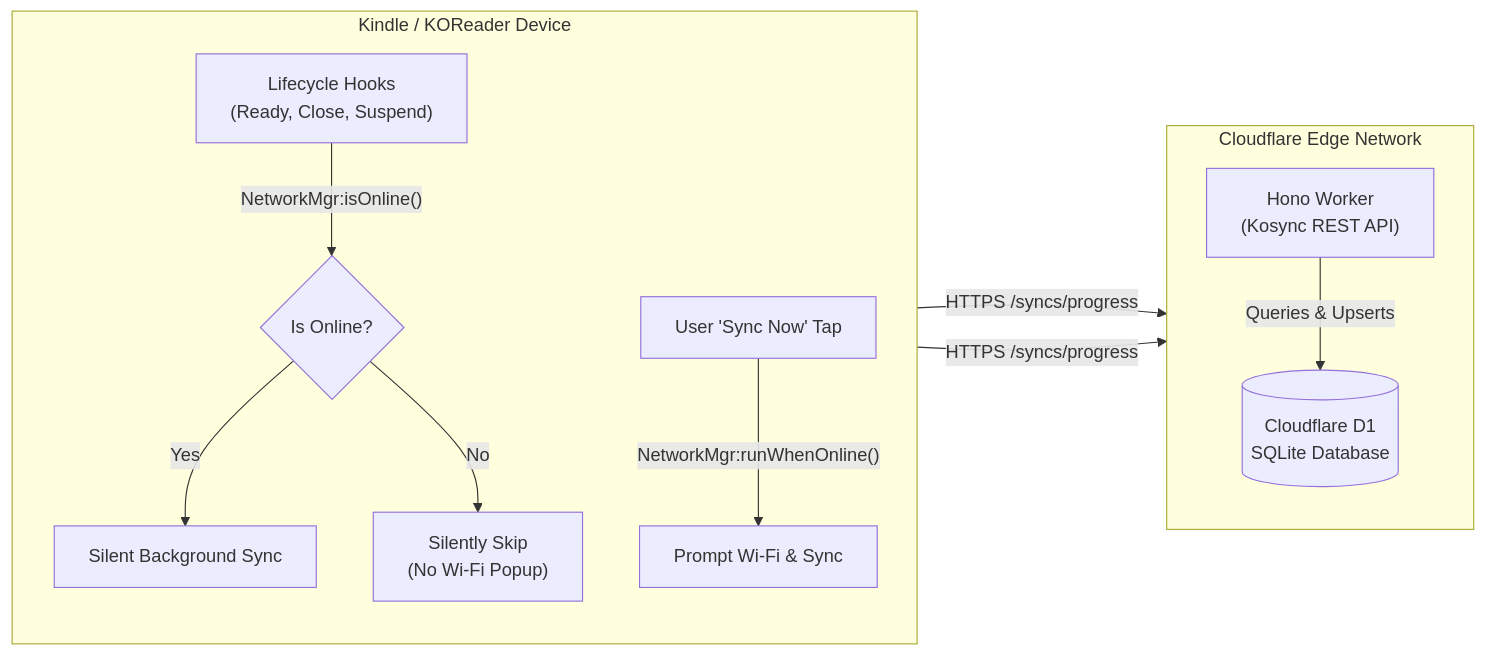
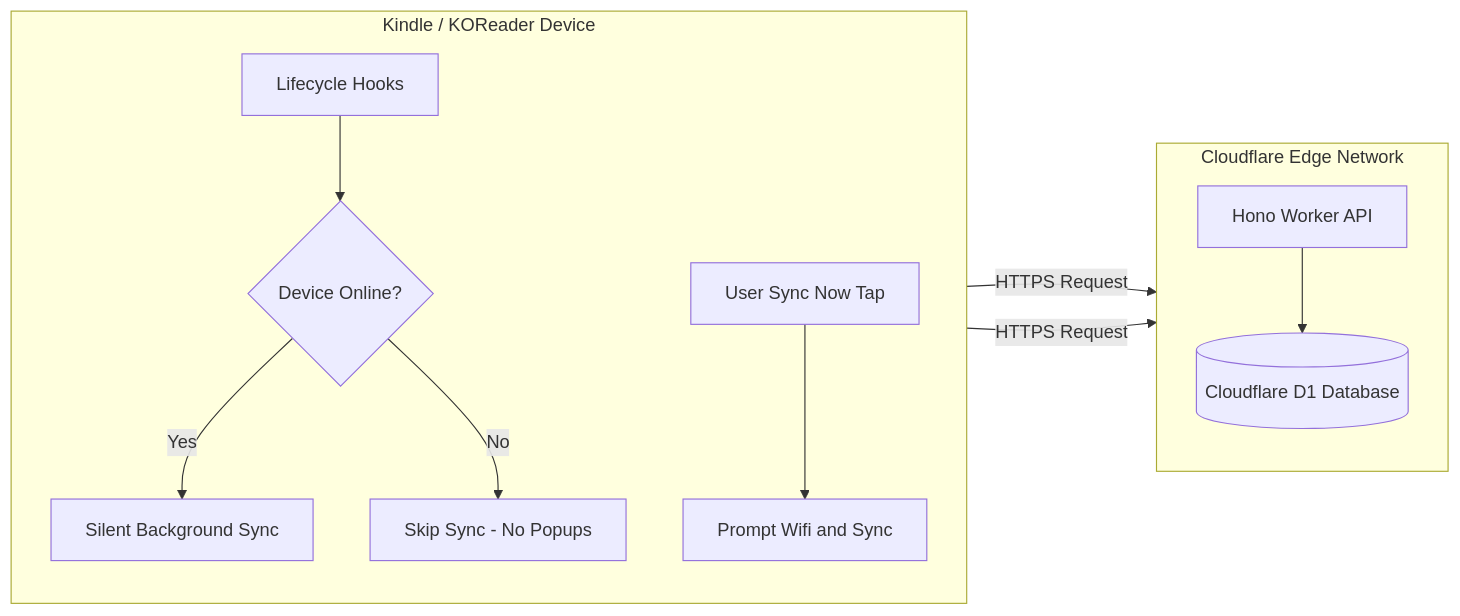
Before and after one commit to ultimatejimmy/sink: the diagram in README.md, drawn with Mermaid.

Commit message:
fix(readme): simplify mermaid diagram syntax for github rendering

````diff
--- a/README.md
+++ b/README.md
@@ -11,20 +11,20 @@
 ```mermaid
 flowchart LR
-    subgraph Device ["Kindle / KOReader Device"]
+    subgraph Device [Kindle / KOReader Device]
         direction TB
-        Hook["Lifecycle Hooks<br/>(Ready, Close, Suspend)"] -->|"NetworkMgr:isOnline()"| Check{"Is Online?"}
-        Check -->|Yes| SilentSync["Silent Background Sync"]
-        Check -->|No| Skip["Silently Skip<br/>(No Wi-Fi Popup)"]
-        User["User 'Sync Now' Tap"] -->|"NetworkMgr:runWhenOnline()"| ManualSync["Prompt Wi-Fi & Sync"]
+        Hook[Lifecycle Hooks] --> Check{Device Online?}
+        Check -->|Yes| SilentSync[Silent Background Sync]
+        Check -->|No| Skip[Skip Sync - No Popups]
+        User[User Sync Now Tap] --> ManualSync[Prompt Wifi and Sync]
     end
 
-    subgraph Edge ["Cloudflare Edge Network"]
+    subgraph Edge [Cloudflare Edge Network]
         direction TB
-        Worker["Hono Worker<br/>(Kosync REST API)"]
-        D1[("Cloudflare D1<br/>SQLite Database")]
-        Worker -->|"Queries & Upserts"| D1
+        Worker[Hono Worker API]
+        D1[(Cloudflare D1 Database)]
+        Worker --> D1
     end
 
-    SilentSync -->|"HTTPS /syncs/progress"| Worker
-    ManualSync -->|"HTTPS /syncs/progress"| Worker
+    SilentSync -->|HTTPS Request| Worker
+    ManualSync -->|HTTPS Request| Worker
 ```
````
